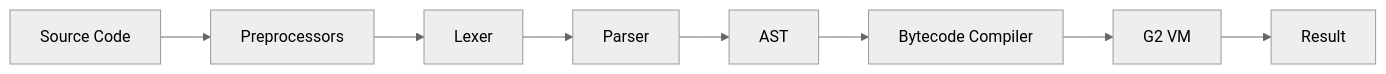
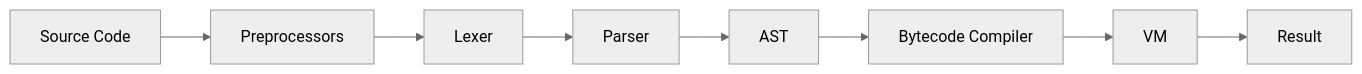
The diagram in README.md (frostney/GocciaScript), drawn with Mermaid (neutral theme) before and after one commit. The commit also changed other lines of this file and 101 other files, not shown here.

````diff
--- a/README.md
+++ b/README.md
@@ -547,5 +547,5 @@
 ```mermaid
 flowchart LR
     Source["Source Code"] --> Preprocessors["Preprocessors"] --> Lexer --> Parser --> AST
-    AST --> Compiler["Bytecode Compiler"] --> VM["G2 VM"] --> Result["Result"]
+    AST --> Compiler["Bytecode Compiler"] --> VM["VM"] --> Result["Result"]
 ```
````
